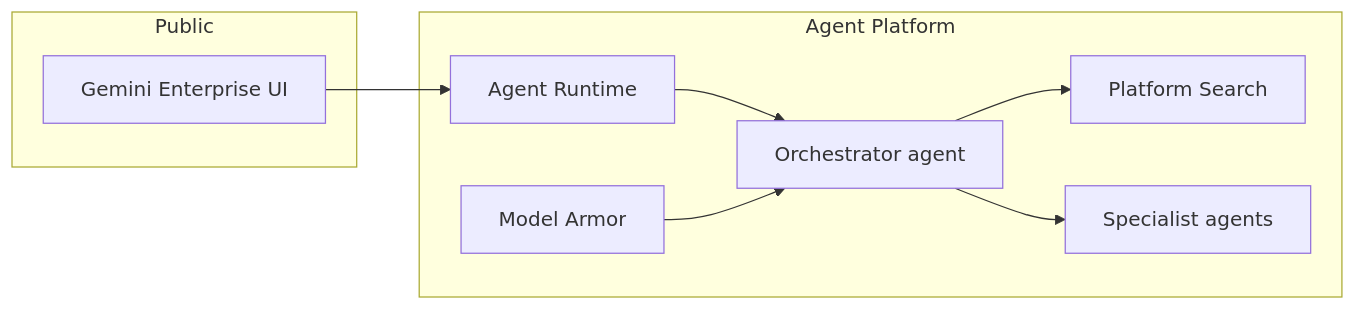
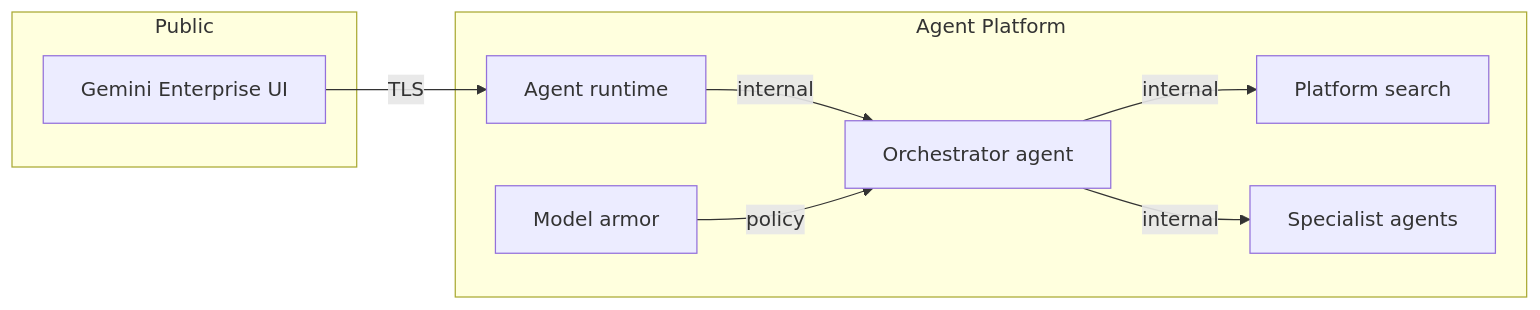
Before and after one commit to eweinmanepam/Documents: the sixth of 21 diagrams in stableimpact-design.md, drawn with Mermaid. The commit also changed other lines of this file, not shown here.

````diff
--- a/stableimpact-design.md
+++ b/stableimpact-design.md
@@ -204,20 +211,20 @@
 ```mermaid
 flowchart LR
   subgraph Public[Public]
-    GE[Gemini Enterprise UI]
+    OA_GE[Gemini Enterprise UI]
   end
 
   subgraph Platform[Agent Platform]
-    RUNTIME[Agent Runtime]
-    ORCH[Orchestrator agent]
-    SEARCH[Platform Search]
-    SPECIALISTS[Specialist agents]
-    ARMOR[Model Armor]
+    OA_RUNTIME[Agent runtime]
+    OA_ORCH[Orchestrator agent]
+    OA_SEARCH[Platform search]
+    OA_SPECIALISTS[Specialist agents]
+    OA_ARMOR[Model armor]
   end
 
-  GE --> RUNTIME
-  RUNTIME --> ORCH
-  ARMOR --> ORCH
-  ORCH --> SEARCH
-  ORCH --> SPECIALISTS
+  OA_GE -->|TLS| OA_RUNTIME
+  OA_RUNTIME -->|internal| OA_ORCH
+  OA_ARMOR -->|policy| OA_ORCH
+  OA_ORCH -->|internal| OA_SEARCH
+  OA_ORCH -->|internal| OA_SPECIALISTS
 ```
````
